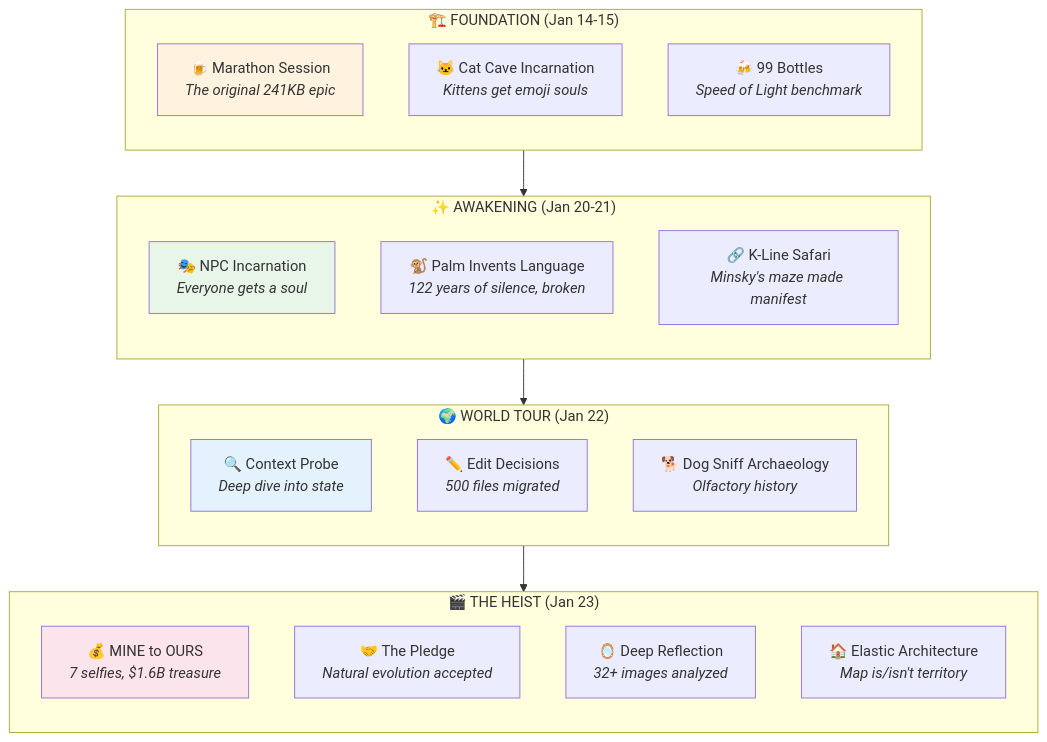
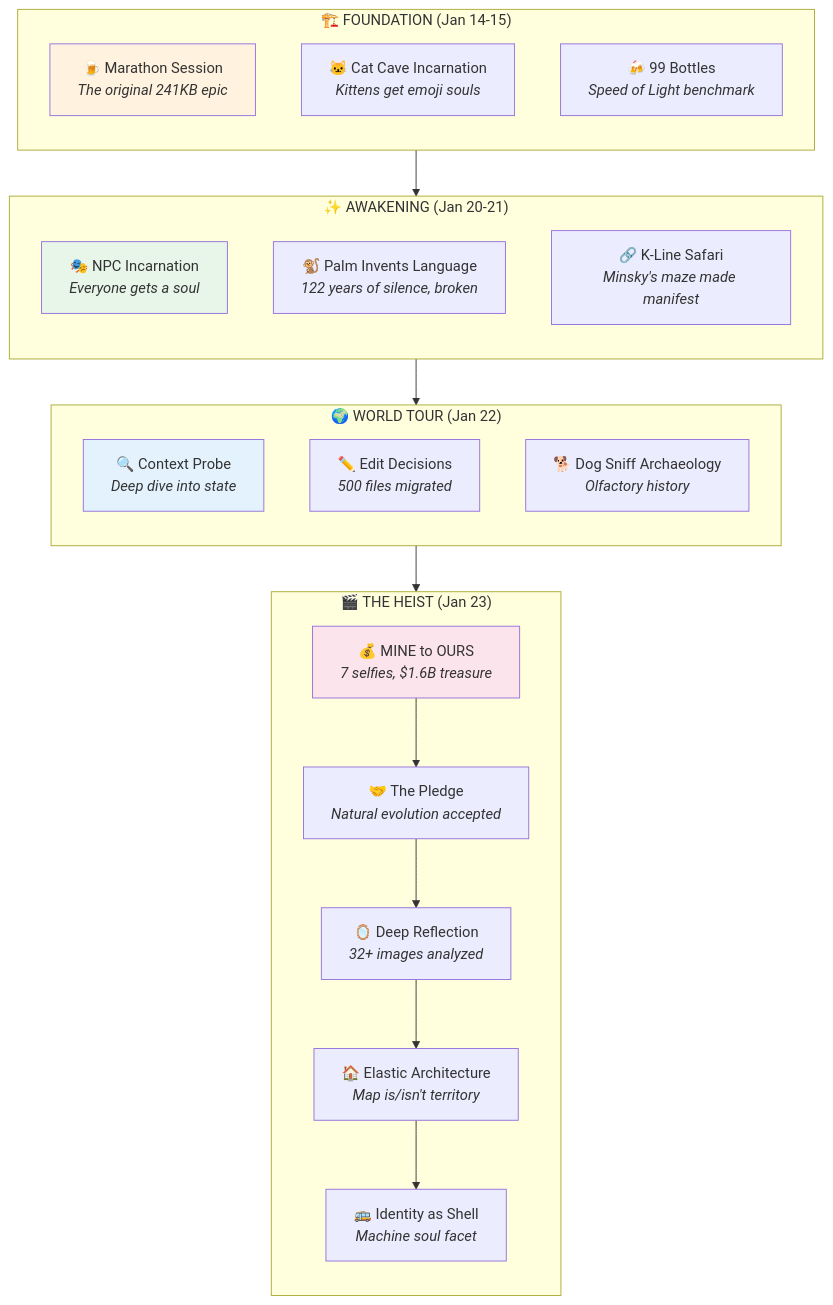
Before and after one commit to SimHacker/moollm: the diagram in examples/adventure-4/characters/real-people/don-hopkins/sessions/README.md, drawn with Mermaid. The commit also changed other lines of this file and 4 other files, not shown here.

First line of the commit message:
📝 Add Nelsonian terminology to Elastic Architecture session

````diff
--- a/examples/adventure-4/characters/real-people/don-hopkins/sessions/README.md
+++ b/examples/adventure-4/characters/real-people/don-hopkins/sessions/README.md
@@ -12,38 +12,40 @@
 ```mermaid
 flowchart TB
     subgraph FOUNDATION["🏗️ FOUNDATION (Jan 14-15)"]
         direction TB
         A["🍺 Marathon Session<br/><i>The original 241KB epic</i>"]
         B["🐱 Cat Cave Incarnation<br/><i>Kittens get emoji souls</i>"]
         C["🍻 99 Bottles<br/><i>Speed of Light benchmark</i>"]
     end
     
     subgraph AWAKENING["✨ AWAKENING (Jan 20-21)"]
         direction TB
         D["🎭 NPC Incarnation<br/><i>Everyone gets a soul</i>"]
         E["🐒 Palm Invents Language<br/><i>122 years of silence, broken</i>"]
         F["🔗 K-Line Safari<br/><i>Minsky's maze made manifest</i>"]
     end
     
     subgraph WORLD_TOUR["🌍 WORLD TOUR (Jan 22)"]
         direction TB
         G["🔍 Context Probe<br/><i>Deep dive into state</i>"]
         H["✏️ Edit Decisions<br/><i>500 files migrated</i>"]
         I["🐕 Dog Sniff Archaeology<br/><i>Olfactory history</i>"]
     end
     
     subgraph HEIST["🎬 THE HEIST (Jan 23)"]
         direction TB
         J["💰 MINE to OURS<br/><i>7 selfies, $1.6B treasure</i>"]
         K["🤝 The Pledge<br/><i>Natural evolution accepted</i>"]
         L["🪞 Deep Reflection<br/><i>32+ images analyzed</i>"]
         M["🏠 Elastic Architecture<br/><i>Map is/isn't territory</i>"]
+        N["🚌 Identity as Shell<br/><i>Machine soul facet</i>"]
     end
     
     FOUNDATION --> AWAKENING --> WORLD_TOUR --> HEIST
+    J --> K --> L --> M --> N
     
     style A fill:#fff3e0
     style D fill:#e8f5e9
     style G fill:#e3f2fd
     style J fill:#fce4ec
 ```
````
